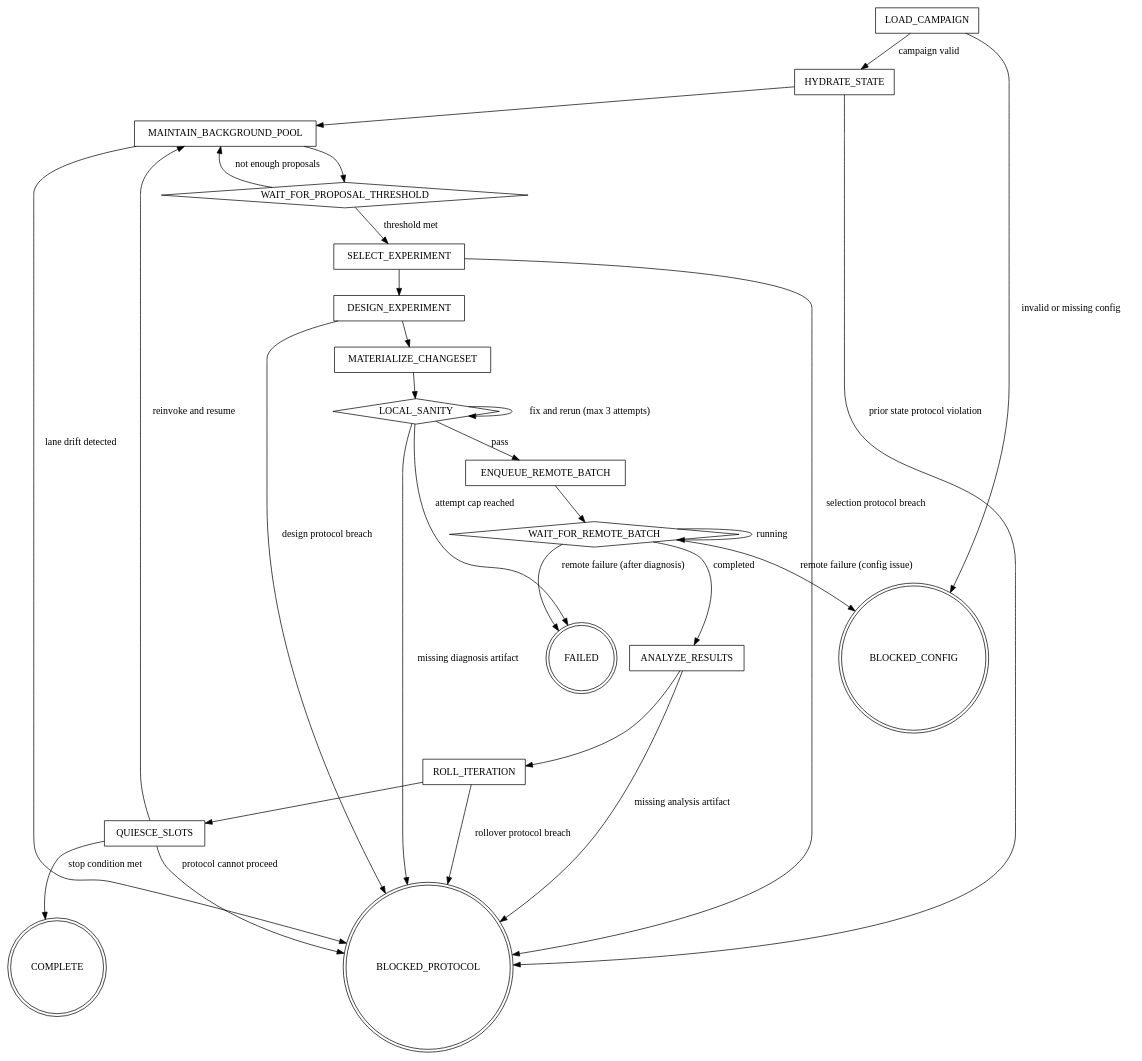
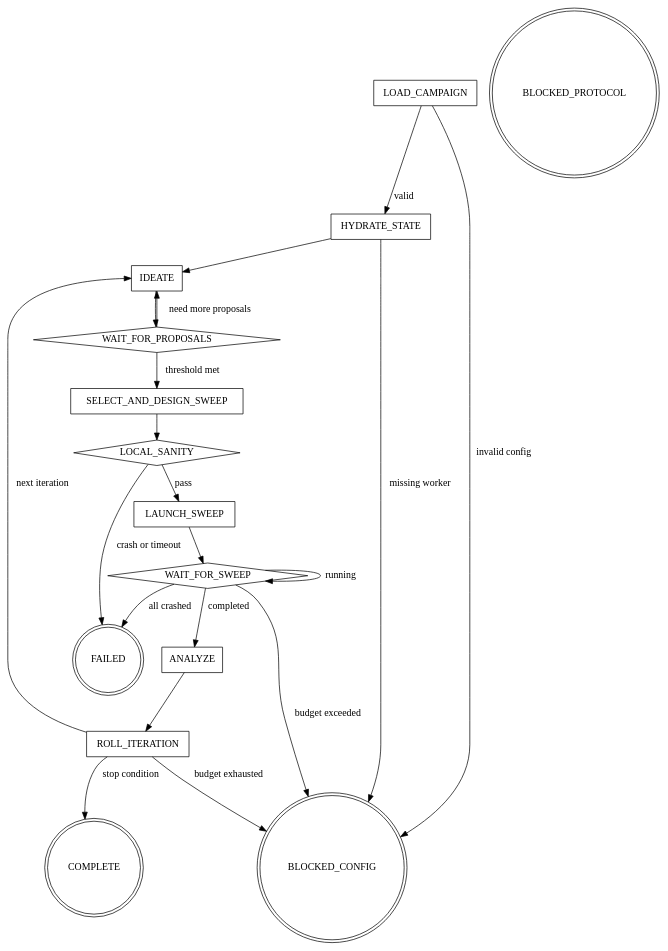
One commit to jc1122/ml-metaoptimization changed the diagram in SKILL.md. Above: the diagram before and after it, drawn with Graphviz. The commit also changed other lines of this file and 7 other files, not shown here.

First line of the commit message:
docs: rewrite reference docs and SKILL.md for v4 WandB/SkyPilot architecture

````diff
--- a/SKILL.md
+++ b/SKILL.md
@@ -156,51 +75,38 @@
 ```dot
 digraph machine {
     "LOAD_CAMPAIGN" [shape=box];
     "HYDRATE_STATE" [shape=box];
-    "MAINTAIN_BACKGROUND_POOL" [shape=box];
-    "WAIT_FOR_PROPOSAL_THRESHOLD" [shape=diamond];
-    "SELECT_EXPERIMENT" [shape=box];
-    "DESIGN_EXPERIMENT" [shape=box];
-    "MATERIALIZE_CHANGESET" [shape=box];
+    "IDEATE" [shape=box];
+    "WAIT_FOR_PROPOSALS" [shape=diamond];
+    "SELECT_AND_DESIGN_SWEEP" [shape=box];
     "LOCAL_SANITY" [shape=diamond];
-    "ENQUEUE_REMOTE_BATCH" [shape=box];
-    "WAIT_FOR_REMOTE_BATCH" [shape=diamond];
-    "ANALYZE_RESULTS" [shape=box];
+    "LAUNCH_SWEEP" [shape=box];
+    "WAIT_FOR_SWEEP" [shape=diamond];
+    "ANALYZE" [shape=box];
     "ROLL_ITERATION" [shape=box];
-    "QUIESCE_SLOTS" [shape=box];
     "COMPLETE" [shape=doublecircle];
     "BLOCKED_CONFIG" [shape=doublecircle];
     "BLOCKED_PROTOCOL" [shape=doublecircle];
     "FAILED" [shape=doublecircle];
 
-    "LOAD_CAMPAIGN" -> "BLOCKED_CONFIG" [label="invalid or missing config"];
-    "LOAD_CAMPAIGN" -> "HYDRATE_STATE" [label="campaign valid"];
-    "HYDRATE_STATE" -> "MAINTAIN_BACKGROUND_POOL";
-    "HYDRATE_STATE" -> "BLOCKED_PROTOCOL" [label="prior state protocol violation"];
-    "MAINTAIN_BACKGROUND_POOL" -> "WAIT_FOR_PROPOSAL_THRESHOLD";
-    "MAINTAIN_BACKGROUND_POOL" -> "BLOCKED_PROTOCOL" [label="lane drift detected"];
-    "WAIT_FOR_PROPOSAL_THRESHOLD" -> "MAINTAIN_BACKGROUND_POOL" [label="not enough proposals"];
-    "WAIT_FOR_PROPOSAL_THRESHOLD" -> "SELECT_EXPERIMENT" [label="threshold met"];
-    "SELECT_EXPERIMENT" -> "DESIGN_EXPERIMENT";
-    "SELECT_EXPERIMENT" -> "BLOCKED_PROTOCOL" [label="selection protocol breach"];
-    "DESIGN_EXPERIMENT" -> "MATERIALIZE_CHANGESET";
-    "DESIGN_EXPERIMENT" -> "BLOCKED_PROTOCOL" [label="design protocol breach"];
-    "MATERIALIZE_CHANGESET" -> "LOCAL_SANITY";
-    "LOCAL_SANITY" -> "LOCAL_SANITY" [label="fix and rerun (max 3 attempts)"];
-    "LOCAL_SANITY" -> "FAILED" [label="attempt cap reached"];
-    "LOCAL_SANITY" -> "BLOCKED_PROTOCOL" [label="missing diagnosis artifact"];
-    "LOCAL_SANITY" -> "ENQUEUE_REMOTE_BATCH" [label="pass"];
-    "ENQUEUE_REMOTE_BATCH" -> "WAIT_FOR_REMOTE_BATCH";
-    "WAIT_FOR_REMOTE_BATCH" -> "WAIT_FOR_REMOTE_BATCH" [label="running"];
-    "WAIT_FOR_REMOTE_BATCH" -> "ANALYZE_RESULTS" [label="completed"];
-    "WAIT_FOR_REMOTE_BATCH" -> "FAILED" [label="remote failure (after diagnosis)"];
-    "WAIT_FOR_REMOTE_BATCH" -> "BLOCKED_CONFIG" [label="remote failure (config issue)"];
-    "ANALYZE_RESULTS" -> "BLOCKED_PROTOCOL" [label="missing analysis artifact"];
-    "ANALYZE_RESULTS" -> "ROLL_ITERATION";
-    "ROLL_ITERATION" -> "QUIESCE_SLOTS";
-    "ROLL_ITERATION" -> "BLOCKED_PROTOCOL" [label="rollover protocol breach"];
-    "QUIESCE_SLOTS" -> "COMPLETE" [label="stop condition met"];
-    "QUIESCE_SLOTS" -> "BLOCKED_PROTOCOL" [label="protocol cannot proceed"];
-    "QUIESCE_SLOTS" -> "MAINTAIN_BACKGROUND_POOL" [label="reinvoke and resume"];
+    "LOAD_CAMPAIGN" -> "BLOCKED_CONFIG" [label="invalid config"];
+    "LOAD_CAMPAIGN" -> "HYDRATE_STATE" [label="valid"];
+    "HYDRATE_STATE" -> "IDEATE";
+    "HYDRATE_STATE" -> "BLOCKED_CONFIG" [label="missing worker"];
+    "IDEATE" -> "WAIT_FOR_PROPOSALS";
+    "WAIT_FOR_PROPOSALS" -> "IDEATE" [label="need more proposals"];
+    "WAIT_FOR_PROPOSALS" -> "SELECT_AND_DESIGN_SWEEP" [label="threshold met"];
+    "SELECT_AND_DESIGN_SWEEP" -> "LOCAL_SANITY";
+    "LOCAL_SANITY" -> "LAUNCH_SWEEP" [label="pass"];
+    "LOCAL_SANITY" -> "FAILED" [label="crash or timeout"];
+    "LAUNCH_SWEEP" -> "WAIT_FOR_SWEEP";
+    "WAIT_FOR_SWEEP" -> "WAIT_FOR_SWEEP" [label="running"];
+    "WAIT_FOR_SWEEP" -> "ANALYZE" [label="completed"];
+    "WAIT_FOR_SWEEP" -> "FAILED" [label="all crashed"];
+    "WAIT_FOR_SWEEP" -> "BLOCKED_CONFIG" [label="budget exceeded"];
+    "ANALYZE" -> "ROLL_ITERATION";
+    "ROLL_ITERATION" -> "COMPLETE" [label="stop condition"];
+    "ROLL_ITERATION" -> "BLOCKED_CONFIG" [label="budget exhausted"];
+    "ROLL_ITERATION" -> "IDEATE" [label="next iteration"];
 }
 ```
````
